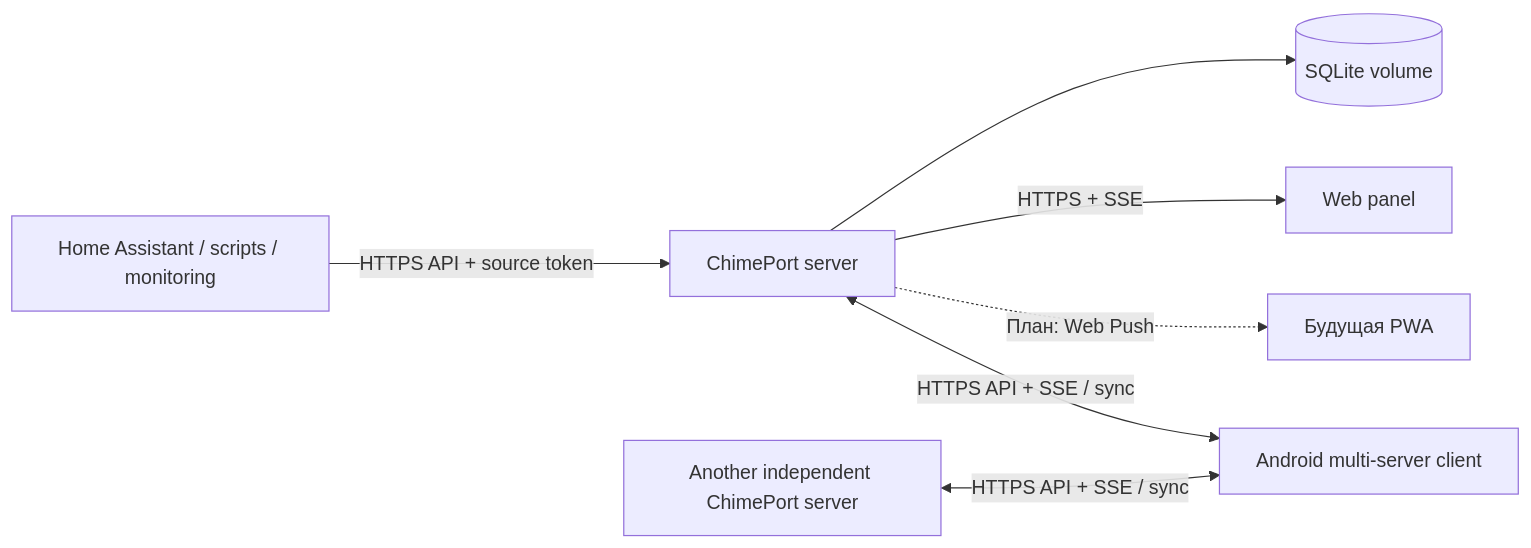
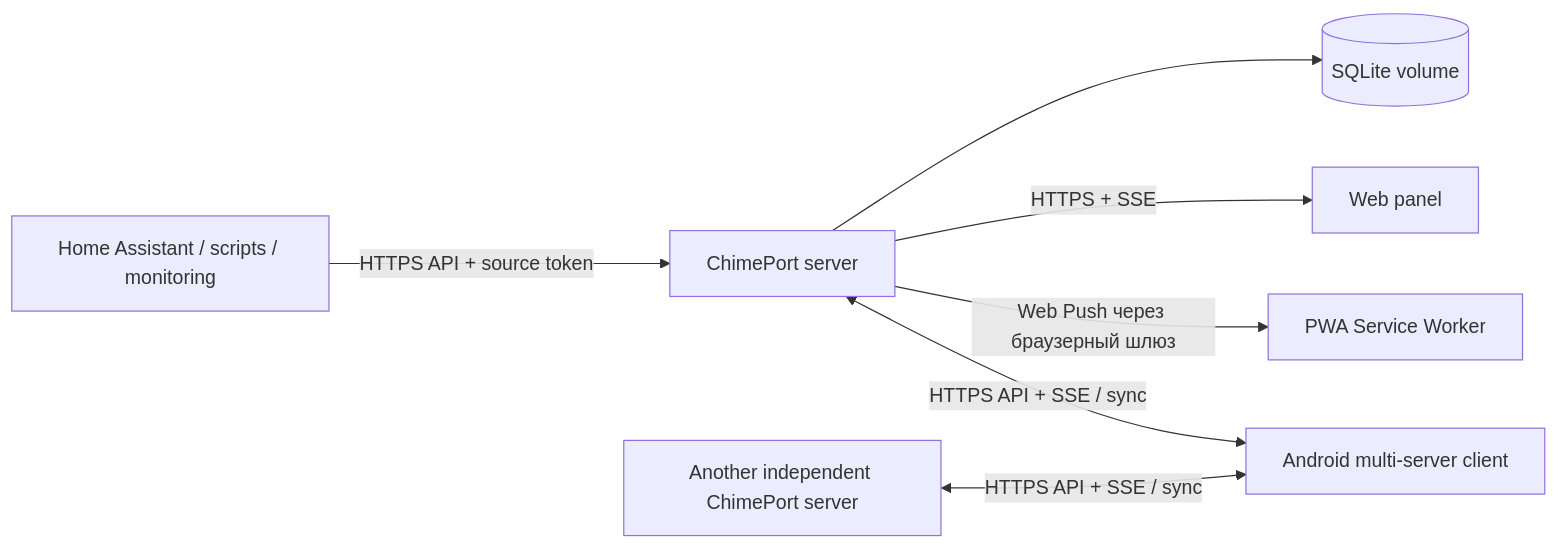
The diagram in docs/02-ARCHITECTURE.md (mirivlad/ChimePort), drawn with Mermaid before and after one commit. The commit also changed other lines of this file and 14 other files, not shown here.

Commit message:
release: ChimePort v0.1.3 PWA and Web Push

````diff
--- a/docs/02-ARCHITECTURE.md
+++ b/docs/02-ARCHITECTURE.md
@@ -7,9 +7,9 @@
 ```mermaid
 flowchart LR
     H[Home Assistant / scripts / monitoring] -->|HTTPS API + source token| A[ChimePort server]
     A --> D[(SQLite volume)]
     A -->|HTTPS + SSE| W[Web panel]
-    A -.->|План: Web Push| P[Будущая PWA]
+    A -->|Web Push через браузерный шлюз| P[PWA Service Worker]
     A <-->|HTTPS API + SSE / sync| M[Android multi-server client]
     B[Another independent ChimePort server] <-->|HTTPS API + SSE / sync| M
 ```
````
